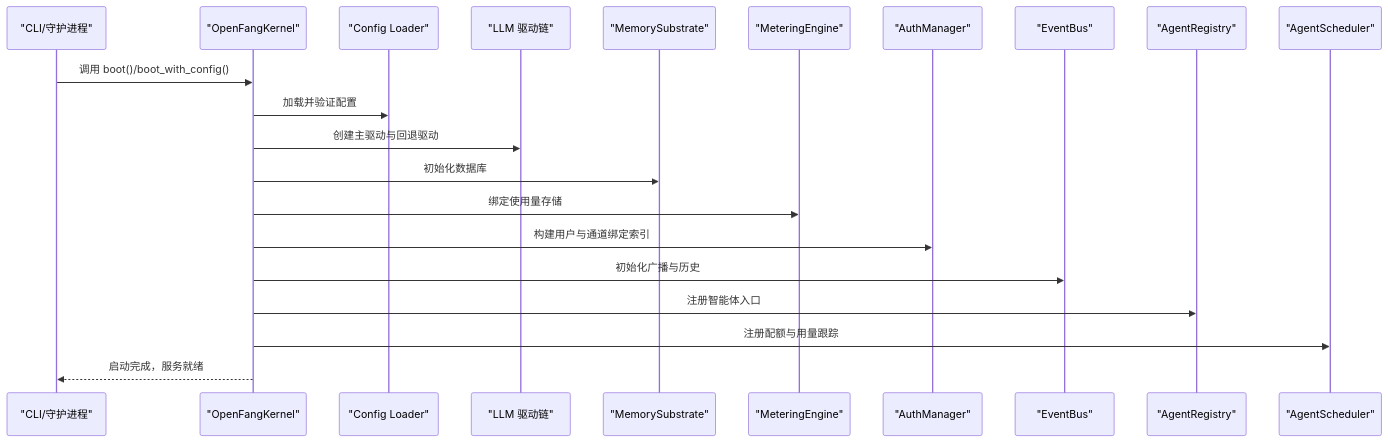
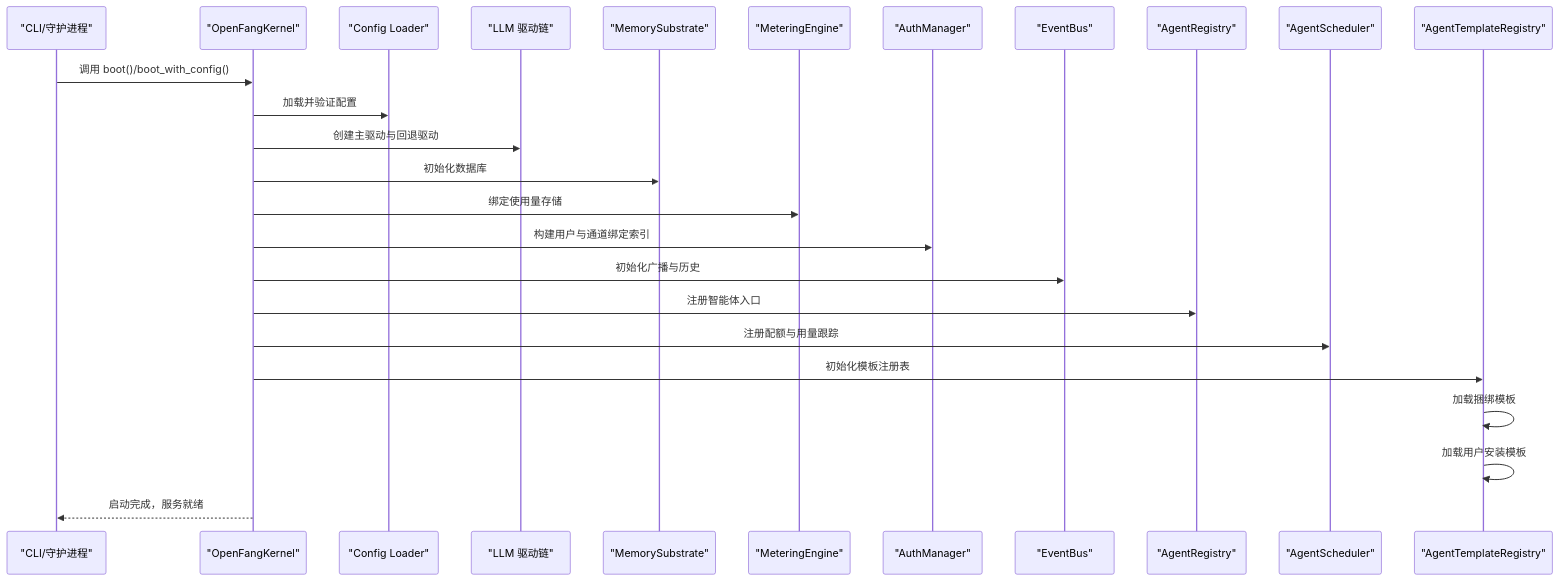
The second of 8 diagrams in .qoder/repowiki/zh/content/核心模块详解/内核系统 (openfang-kernel)/内核系统 (openfang-kernel).md (hexiaowen-bot/openfang), drawn with Mermaid before and after one commit. The commit also changed other lines of this file and 65 other files, not shown here.

````diff
--- a/.qoder/repowiki/zh/content/核心模块详解/内核系统 (openfang-kernel)/内核系统 (openfang-kernel).md
+++ b/.qoder/repowiki/zh/content/核心模块详解/内核系统 (openfang-kernel)/内核系统 (openfang-kernel).md
@@ -115,23 +125,27 @@
 ```mermaid
 sequenceDiagram
 participant CLI as "CLI/守护进程"
 participant Kernel as "OpenFangKernel"
 participant Config as "Config Loader"
 participant Drivers as "LLM 驱动链"
 participant Mem as "MemorySubstrate"
 participant Meter as "MeteringEngine"
 participant Auth as "AuthManager"
 participant Bus as "EventBus"
 participant Reg as "AgentRegistry"
 participant Sch as "AgentScheduler"
+participant Templates as "AgentTemplateRegistry"
 CLI->>Kernel : 调用 boot()/boot_with_config()
 Kernel->>Config : 加载并验证配置
 Kernel->>Drivers : 创建主驱动与回退驱动
 Kernel->>Mem : 初始化数据库
 Kernel->>Meter : 绑定使用量存储
 Kernel->>Auth : 构建用户与通道绑定索引
 Kernel->>Bus : 初始化广播与历史
 Kernel->>Reg : 注册智能体入口
 Kernel->>Sch : 注册配额与用量跟踪
+Kernel->>Templates : 初始化模板注册表
+Templates->>Templates : 加载捆绑模板
+Templates->>Templates : 加载用户安装模板
 Kernel-->>CLI : 启动完成，服务就绪
 ```
````
